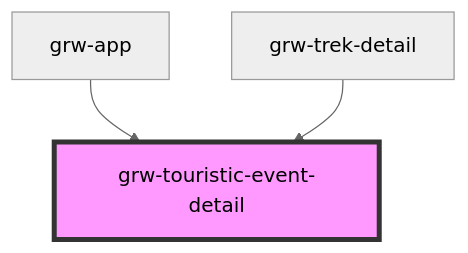
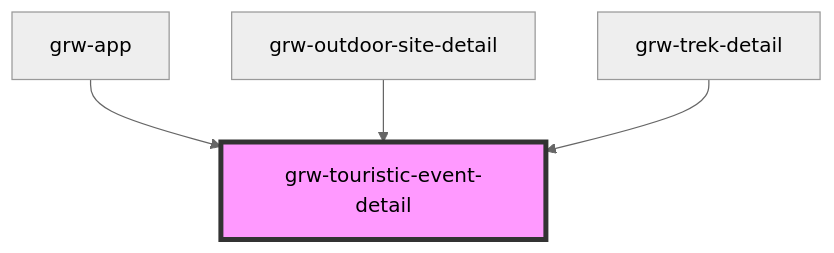
Before and after one commit to GeotrekCE/Geotrek-rando-widget: the diagram in src/components/grw-touristic-event-detail/readme.md, drawn with Mermaid (neutral theme). The commit also changed other lines of this file and 10 other files, not shown here.

Commit message:
fix: handle modal details with outdoor site

````diff
--- a/src/components/grw-touristic-event-detail/readme.md
+++ b/src/components/grw-touristic-event-detail/readme.md
@@ -84,6 +85,7 @@
 ```mermaid
 graph TD;
   grw-app --> grw-touristic-event-detail
+  grw-outdoor-site-detail --> grw-touristic-event-detail
   grw-trek-detail --> grw-touristic-event-detail
   style grw-touristic-event-detail fill:#f9f,stroke:#333,stroke-width:4px
 ```
````
